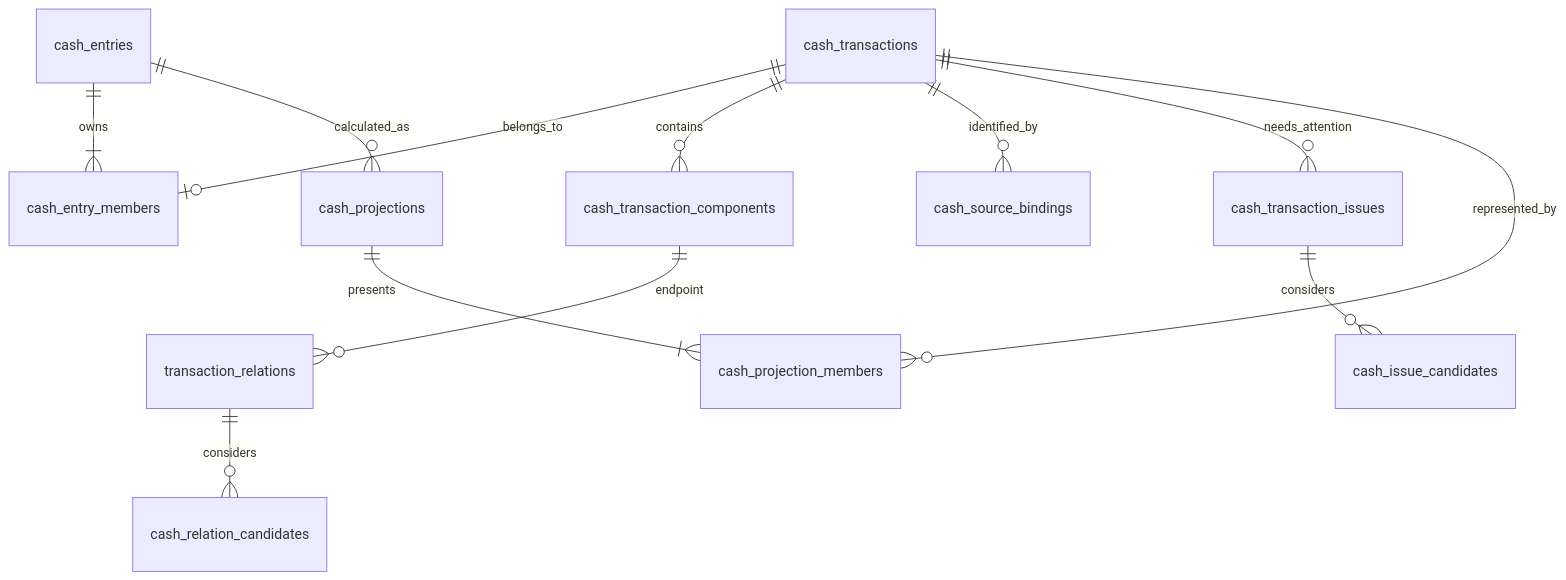
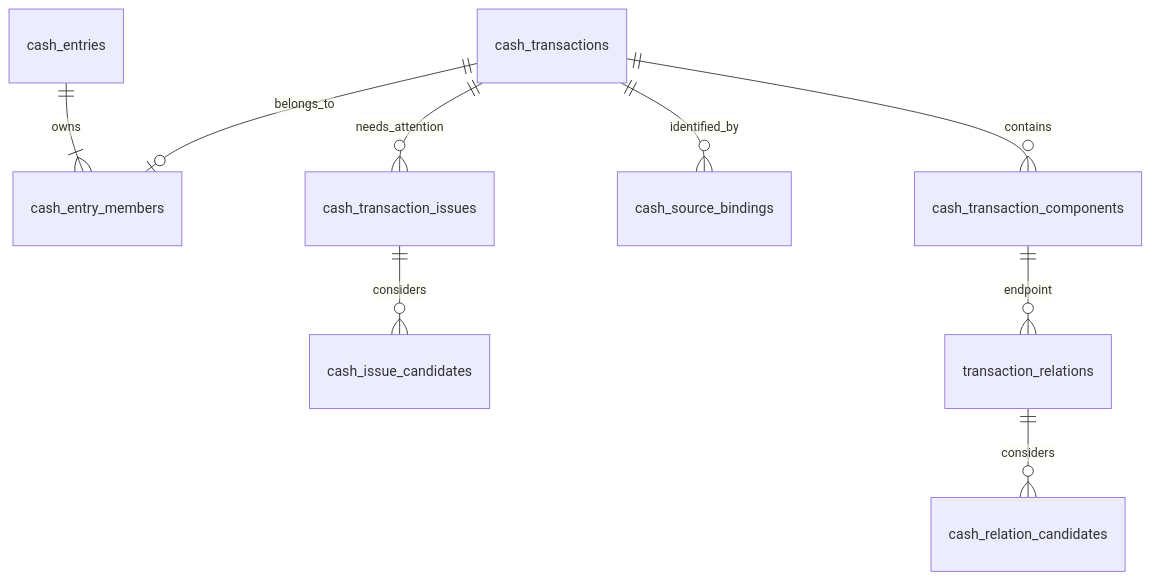
The diagram in docs/import/cash-import-redesign-contracts.md (ssttkkl/finance-tracker), drawn with Mermaid before and after one commit. The commit also changed other lines of this file and 39 other files, not shown here.

````diff
--- a/docs/import/cash-import-redesign-contracts.md
+++ b/docs/import/cash-import-redesign-contracts.md
@@ -330,14 +330,11 @@
 ```mermaid
 erDiagram
     cash_entries ||--|{ cash_entry_members : owns
     cash_transactions ||--o| cash_entry_members : belongs_to
-    cash_entries ||--o{ cash_projections : calculated_as
     cash_transactions ||--o{ cash_transaction_components : contains
     cash_transactions ||--o{ cash_source_bindings : identified_by
     cash_transactions ||--o{ cash_transaction_issues : needs_attention
     cash_transaction_issues ||--o{ cash_issue_candidates : considers
     transaction_relations ||--o{ cash_relation_candidates : considers
     cash_transaction_components ||--o{ transaction_relations : endpoint
-    cash_projections ||--|{ cash_projection_members : presents
-    cash_transactions ||--o{ cash_projection_members : represented_by
 ```
````
